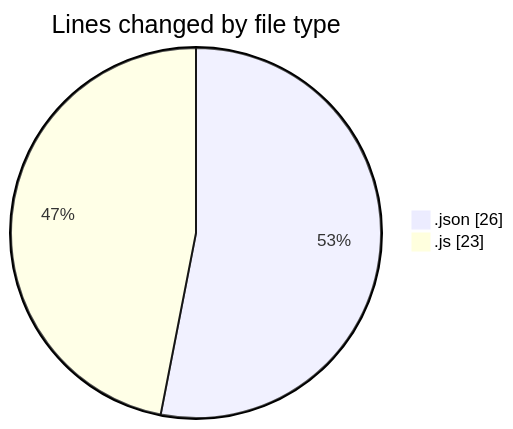
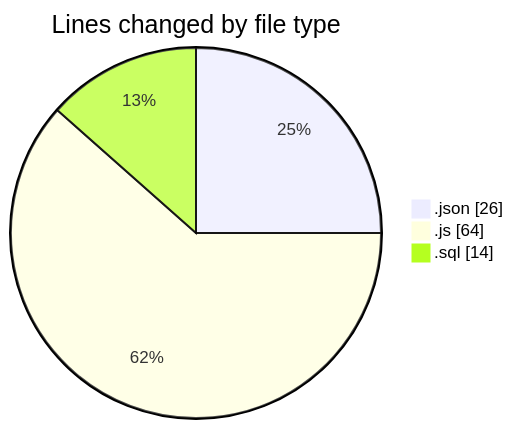
One commit to nxtqubesakshisongat/code-tracking changed the first of 2 diagrams in 2025-09-10/cashcalc/README.md. Above: the diagram before and after it, drawn with Mermaid. The commit also changed other lines of this file and 1 other file, not shown here.

````diff
--- a/2025-09-10/cashcalc/README.md
+++ b/2025-09-10/cashcalc/README.md
@@ -21,6 +23,7 @@
 ```mermaid
 pie showData
 title Lines changed by file type
 ".json" : 26
-".js" : 23
+".js" : 64
+".sql" : 14
 ```
````
